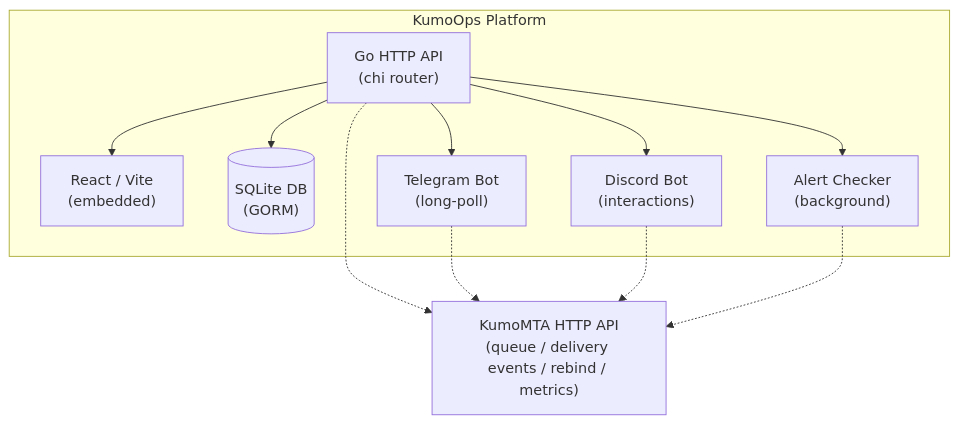
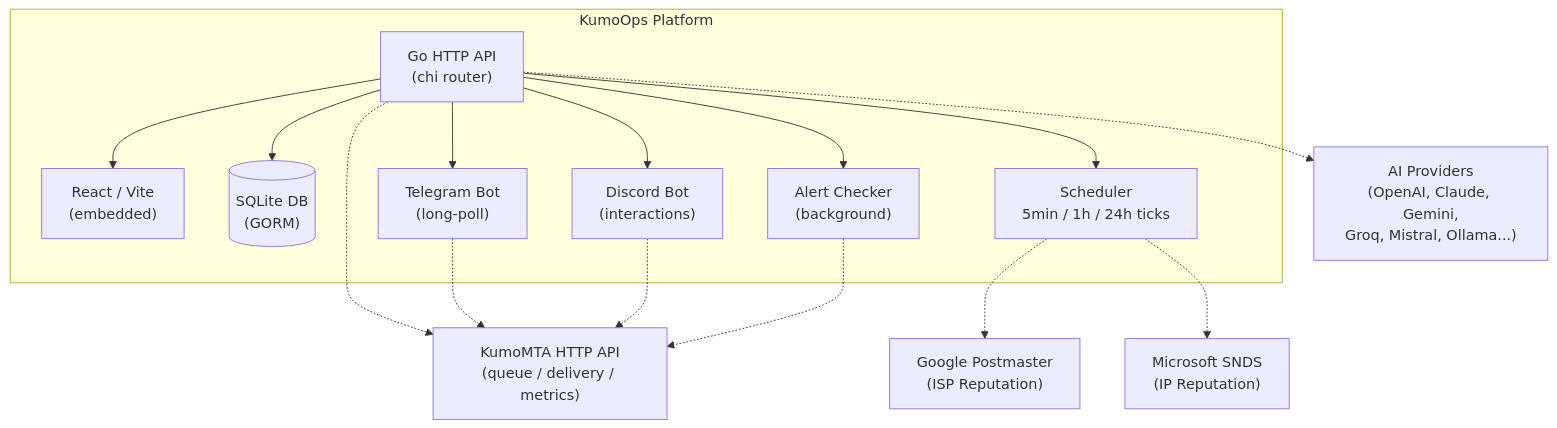
The diagram in README.md (pulak-ranjan/kumoops), drawn with Mermaid before and after one commit. The commit also changed other lines of this file and 13 other files, not shown here.

````diff
--- a/README.md
+++ b/README.md
@@ -225,26 +330,34 @@
 ```mermaid
 flowchart TD
     subgraph KumoOps [KumoOps Platform]
-        React["React / Vite<br/>(embedded)"]
-        API["Go HTTP API<br/>(chi router)"]
-        DB[("SQLite DB<br/>(GORM)")]
-        
+        React["React / Vite\n(embedded)"]
+        API["Go HTTP API\n(chi router)"]
+        DB[("SQLite DB\n(GORM)")]
+
         API --> React
         API --> DB
-        
-        BotT["Telegram Bot<br/>(long-poll)"]
-        BotD["Discord Bot<br/>(interactions)"]
-        Alert["Alert Checker<br/>(background)"]
-        
+
+        BotT["Telegram Bot\n(long-poll)"]
+        BotD["Discord Bot\n(interactions)"]
+        Alert["Alert Checker\n(background)"]
+        Sched["Scheduler\n5min / 1h / 24h ticks"]
+
         API --> BotT
         API --> BotD
         API --> Alert
+        API --> Sched
     end
-    
-    MTA["KumoMTA HTTP API<br/>(queue / delivery events / rebind / metrics)"]
-    
+
+    MTA["KumoMTA HTTP API\n(queue / delivery / metrics)"]
+    AI["AI Providers\n(OpenAI, Claude, Gemini,\nGroq, Mistral, Ollama...)"]
+    Google["Google Postmaster\n(ISP Reputation)"]
+    SNDS["Microsoft SNDS\n(IP Reputation)"]
+
     API -.-> MTA
+    API -.-> AI
+    Sched -.-> Google
+    Sched -.-> SNDS
     BotT -.-> MTA
     BotD -.-> MTA
     Alert -.-> MTA
 ```
````
